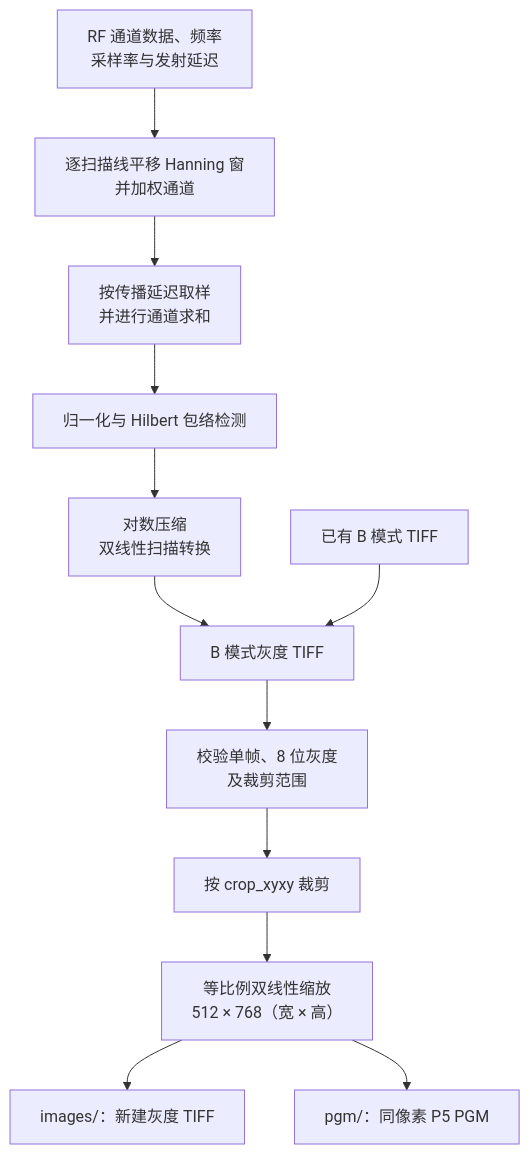
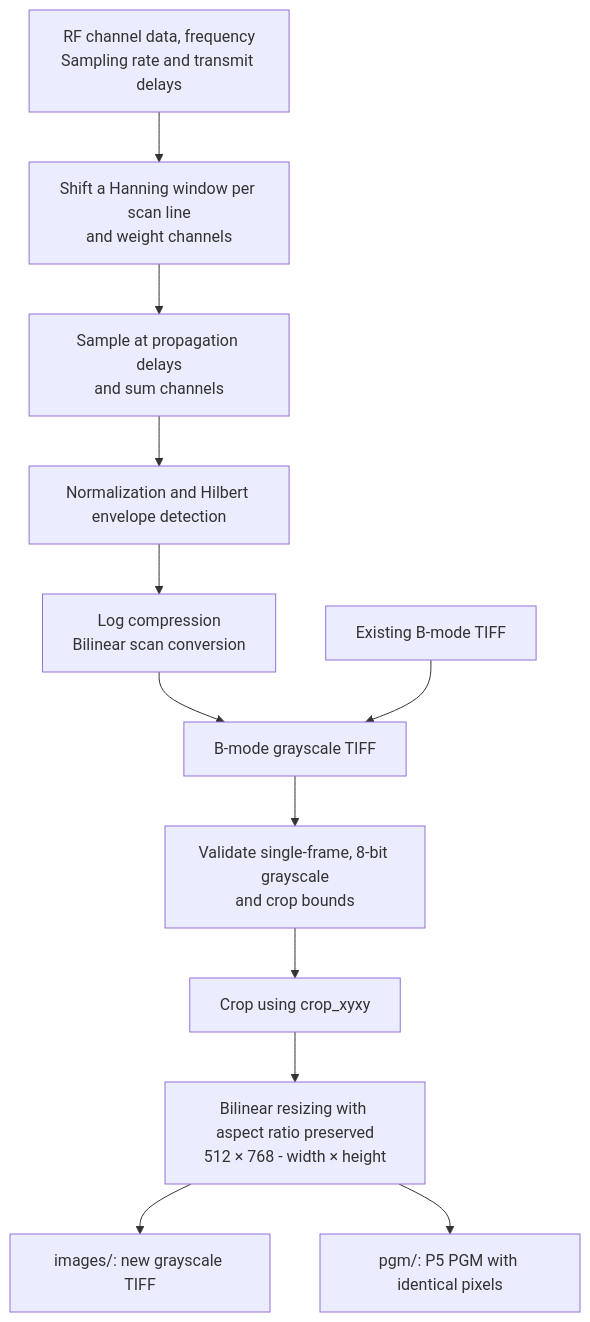
The second of 7 diagrams in README.md (LumaVistaLab/hevc-ksvd-mamba-for-ultrasound), drawn with Mermaid before and after one commit. The commit also changed other lines of this file and 3 other files, not shown here.

````diff
--- a/README.md
+++ b/README.md
@@ -99,14 +136,14 @@
 ```mermaid
 flowchart TD
-    RF["RF 通道数据、频率<br/>采样率与发射延迟"] --> Window["逐扫描线平移 Hanning 窗<br/>并加权通道"]
-    Window --> DAS["按传播延迟取样<br/>并进行通道求和"]
-    DAS --> Envelope["归一化与 Hilbert 包络检测"]
-    Envelope --> Log["对数压缩<br/>双线性扫描转换"]
-    Log --> TIFF["B 模式灰度 TIFF"]
-    Existing["已有 B 模式 TIFF"] --> TIFF
-    TIFF --> Validate["校验单帧、8 位灰度<br/>及裁剪范围"]
-    Validate --> Crop["按 crop_xyxy 裁剪"]
-    Crop --> Resize["等比例双线性缩放<br/>512 × 768（宽 × 高）"]
-    Resize --> Images["images/：新建灰度 TIFF"]
-    Resize --> PGM["pgm/：同像素 P5 PGM"]
+    RF["RF channel data, frequency<br/>Sampling rate and transmit delays"] --> Window["Shift a Hanning window per scan line<br/>and weight channels"]
+    Window --> DAS["Sample at propagation delays<br/>and sum channels"]
+    DAS --> Envelope["Normalization and Hilbert envelope detection"]
+    Envelope --> Log["Log compression<br/>Bilinear scan conversion"]
+    Log --> TIFF["B-mode grayscale TIFF"]
+    Existing["Existing B-mode TIFF"] --> TIFF
+    TIFF --> Validate["Validate single-frame, 8-bit grayscale<br/>and crop bounds"]
+    Validate --> Crop["Crop using crop_xyxy"]
+    Crop --> Resize["Bilinear resizing with aspect ratio preserved<br/>512 × 768 - width × height"]
+    Resize --> Images["images/: new grayscale TIFF"]
+    Resize --> PGM["pgm/: P5 PGM with identical pixels"]
 ```
````
